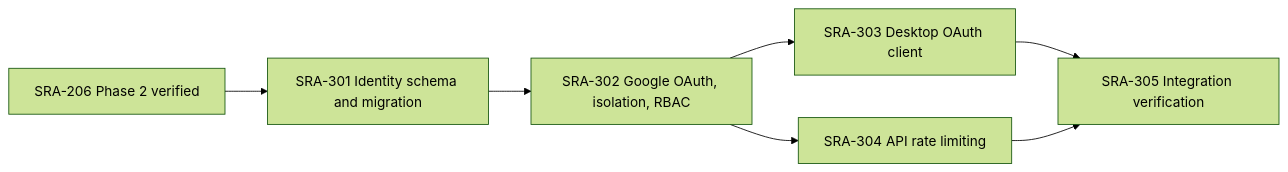
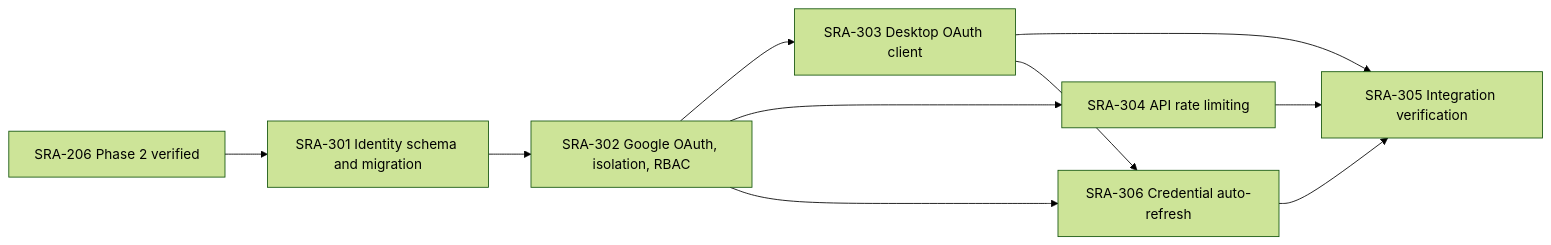
The fourth of 11 diagrams in tickets/README.md (shubh0709/agentic-rep), drawn with Mermaid (forest theme) before and after one commit. The commit also changed other lines of this file and 15 other files, not shown here.

Commit message:
feat(auth): add credential refresh (SRA-306)

````diff
--- a/tickets/README.md
+++ b/tickets/README.md
@@ -205,9 +210,12 @@
 ```mermaid
 flowchart LR
     206[SRA-206 Phase 2 verified] --> 301[SRA-301 Identity schema and migration]
     301 --> 302[SRA-302 Google OAuth, isolation, RBAC]
     302 --> 303[SRA-303 Desktop OAuth client]
     302 --> 304[SRA-304 API rate limiting]
     303 --> 305[SRA-305 Integration verification]
     304 --> 305
+    302 --> 306[SRA-306 Credential auto-refresh]
+    303 --> 306
+    306 --> 305
 ```
````
